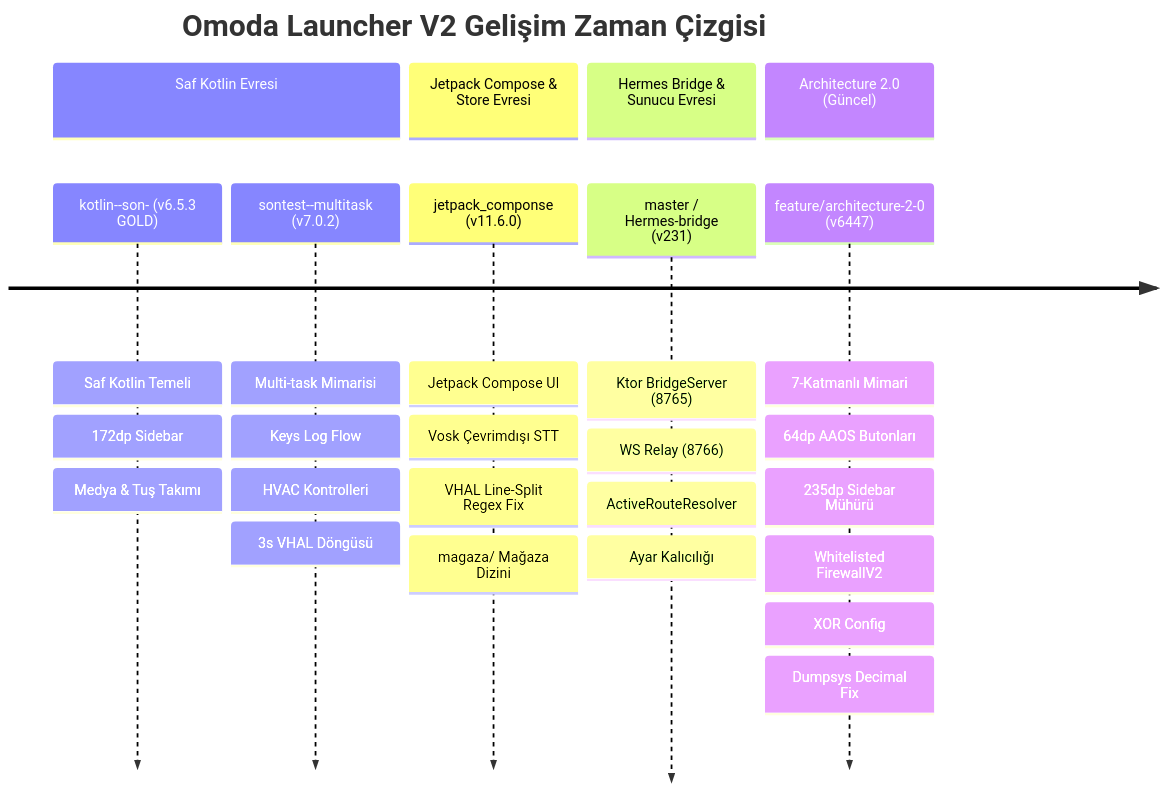
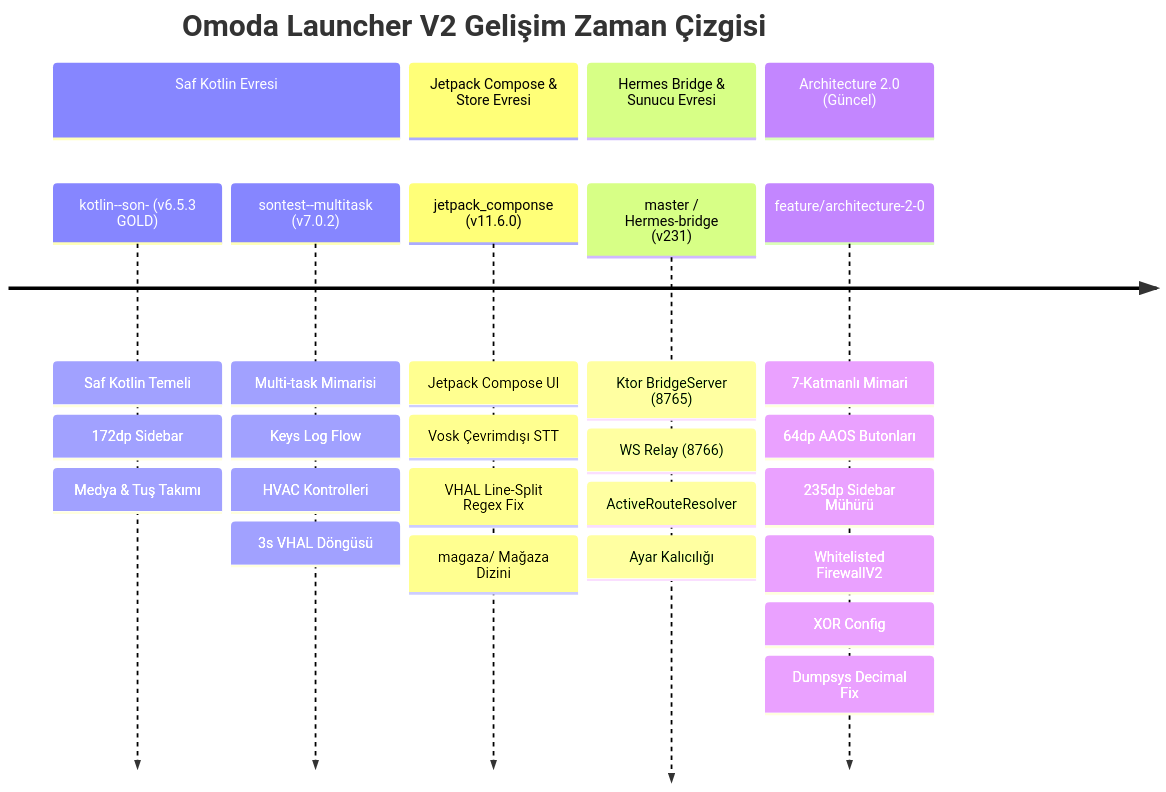
The diagram in PROJE_KITABI.md (casacemal/Omoda5-launcher), drawn with Mermaid before and after one commit. The commit also changed other lines of this file and 29974 other files, not shown here.

````diff
--- a/PROJE_KITABI.md
+++ b/PROJE_KITABI.md
@@ -26,13 +26,13 @@
 ```mermaid
 timeline
     title Omoda Launcher V2 Gelişim Zaman Çizgisi
     section Saf Kotlin Evresi
         kotlin--son- (v6.5.3 GOLD) : Saf Kotlin Temeli : 172dp Sidebar : Medya & Tuş Takımı
         sontest--multitask (v7.0.2) : Multi-task Mimarisi : Keys Log Flow : HVAC Kontrolleri : 3s VHAL Döngüsü
     section Jetpack Compose & Store Evresi
         jetpack_componse (v11.6.0) : Jetpack Compose UI : Vosk Çevrimdışı STT : VHAL Line-Split Regex Fix : magaza/ Mağaza Dizini
     section Hermes Bridge & Sunucu Evresi
         master / Hermes-bridge (v231) : Ktor BridgeServer (8765) : WS Relay (8766) : ActiveRouteResolver : Ayar Kalıcılığı
     section Architecture 2.0 (Güncel)
-        feature/architecture-2-0 (v6447) : 7-Katmanlı Mimari : 64dp AAOS Butonları : 235dp Sidebar Mühürü : Whitelisted FirewallV2 : XOR Config : Dumpsys Decimal Fix
+        feature/architecture-2-0 : 7-Katmanlı Mimari : 64dp AAOS Butonları : 235dp Sidebar Mühürü : Whitelisted FirewallV2 : XOR Config : Dumpsys Decimal Fix
 ```
````
